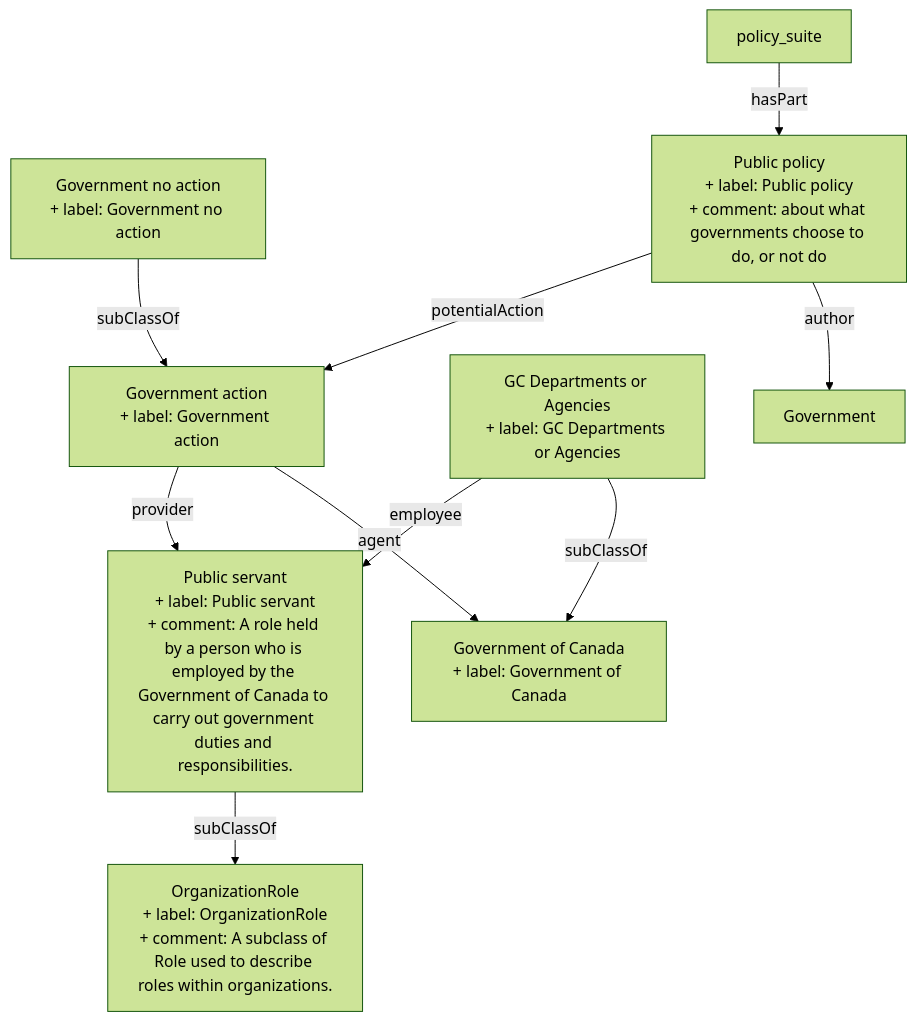
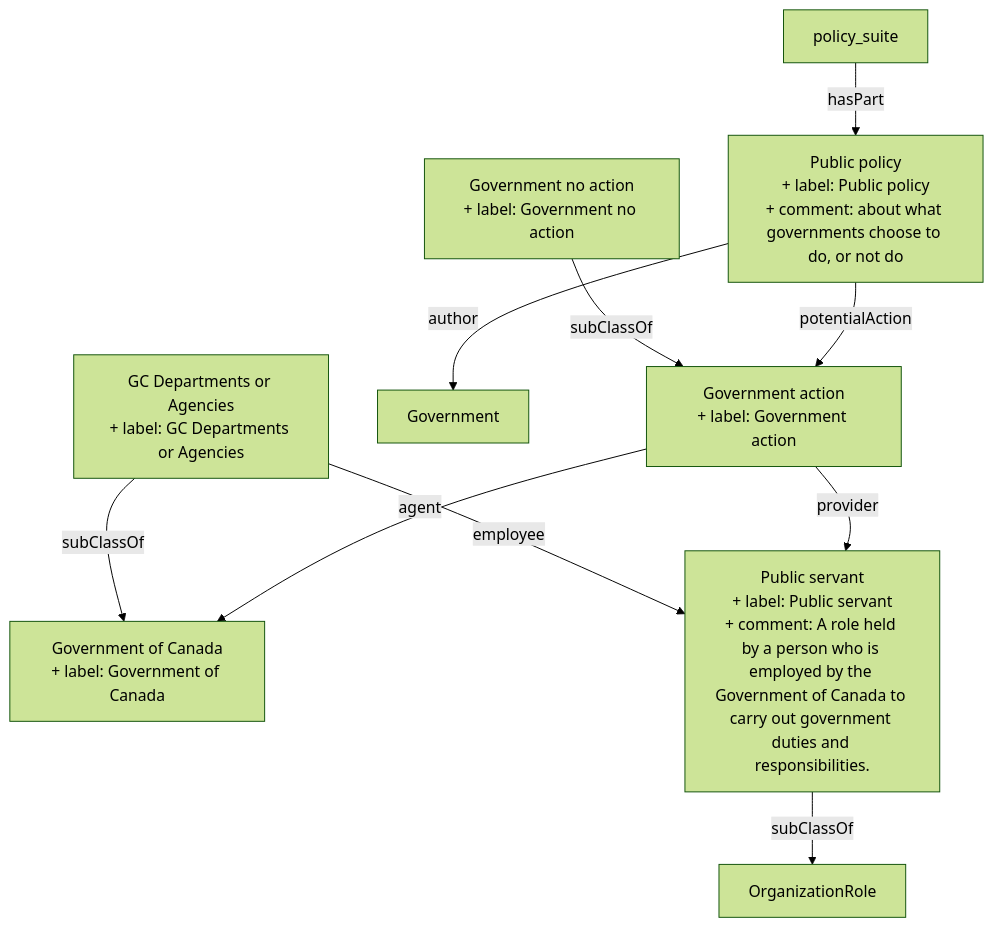
Before and after one commit to heidingaway/heidi2: the diagram in content/policy on service and digital/government_no_action.md, drawn with Mermaid (forest theme). The commit also changed other lines of this file and 350 other files, not shown here.

````diff
--- a/content/policy on service and digital/government_no_action.md
+++ b/content/policy on service and digital/government_no_action.md
@@ -29,21 +30,21 @@
 ```mermaid
 graph TD
   Government_no_action["Government no action<br>+ label: Government no action"]:::current-page-node
   Government_action["Government action<br>+ label: Government action"]
   Government_of_Canada["Government of Canada<br>+ label: Government of Canada"]
   Public_servant["Public servant<br>+ label: Public servant<br>+ comment: A role held by a person who is employed by the Government of Canada to carry out government duties and responsibilities."]
   Public_policy["Public policy<br>+ label: Public policy<br>+ comment: about what governments choose to do, or not do"]
-  OrganizationRole["OrganizationRole<br>+ label: OrganizationRole<br>+ comment: A subclass of Role used to describe roles within organizations."]
-  GC_Departments_or_Agencies["GC Departments or Agencies<br>+ label: GC Departments or Agencies"]
   Government["Government"]
   policy_suite["policy_suite"]
+  GC_Departments_or_Agencies["GC Departments or Agencies<br>+ label: GC Departments or Agencies"]
+  OrganizationRole["OrganizationRole"]
+  GC_Departments_or_Agencies-->|" employee "|Public_servant
+  Government_no_action-->|" subClassOf "|Government_action
+  Public_servant-->|" subClassOf "|OrganizationRole
   Public_policy-->|" author "|Government
+  GC_Departments_or_Agencies-->|" subClassOf "|Government_of_Canada
   policy_suite-->|" hasPart "|Public_policy
-  GC_Departments_or_Agencies-->|" subClassOf "|Government_of_Canada
   Public_policy-->|" potentialAction "|Government_action
   Government_action-->|" agent "|Government_of_Canada
   Government_action-->|" provider "|Public_servant
-  Public_servant-->|" subClassOf "|OrganizationRole
-  Government_no_action-->|" subClassOf "|Government_action
-  GC_Departments_or_Agencies-->|" employee "|Public_servant
 ```
````
